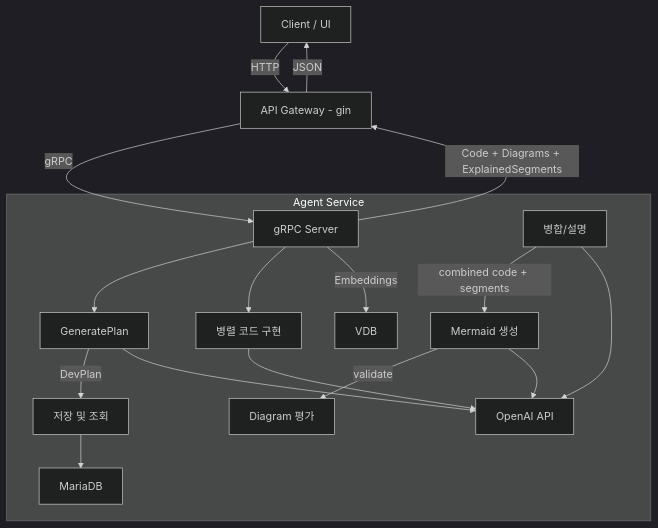
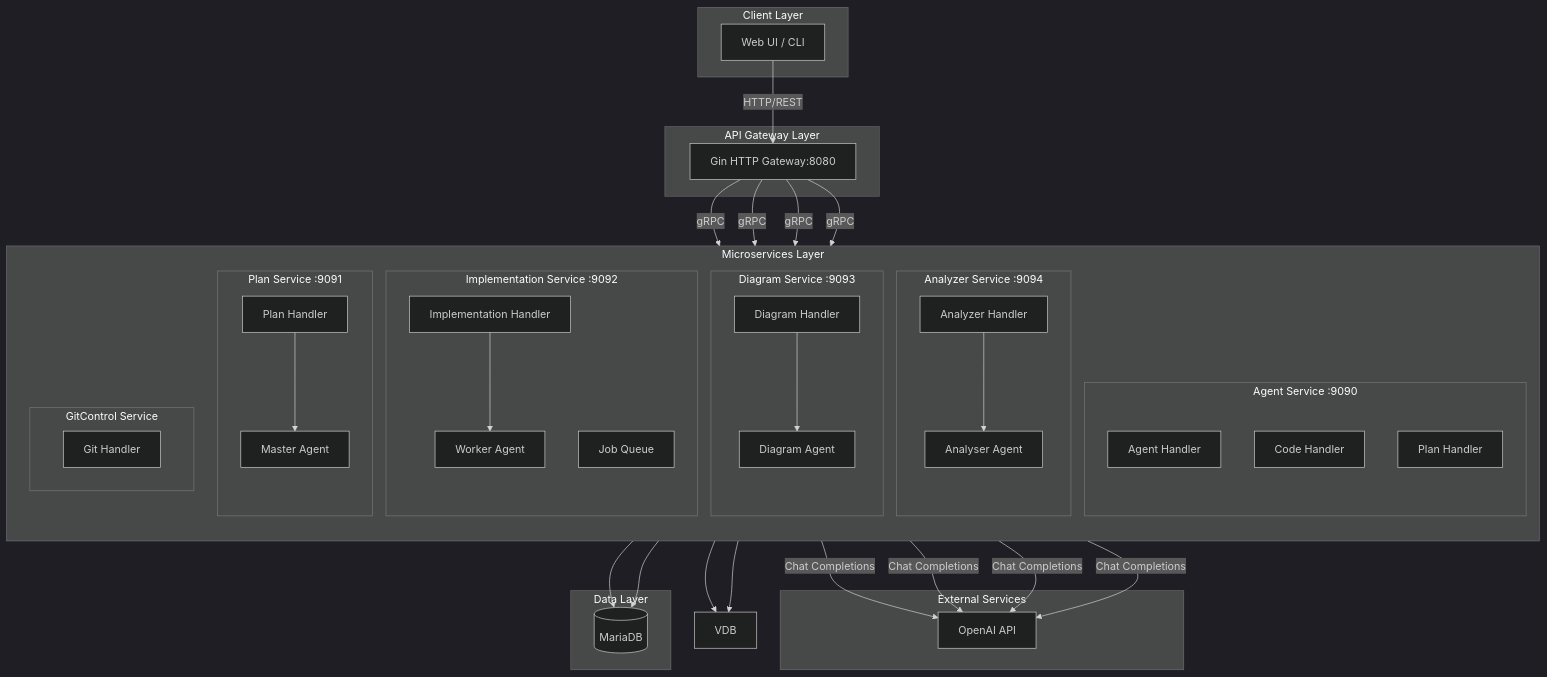
One commit to sehwan505/codev42 changed the first of 4 diagrams in README.md. Above: the diagram before and after it, drawn with Mermaid (dark theme). The commit also changed other lines of this file and 1 other file, not shown here.

Commit message:
Refactor: Update Makefile for new service structure and add Kubernetes commands

````diff
--- a/README.md
+++ b/README.md
@@ -124,38 +28,75 @@
 ```mermaid
-flowchart TD
-  C[Client / UI] -->|HTTP| GW[API Gateway - gin]
+flowchart TB
+    subgraph Client["Client Layer"]
+        UI[Web UI / CLI]
+    end
 
-  subgraph AgentService[Agent Service]
-    AG[gRPC Server]
+    subgraph Gateway["API Gateway Layer"]
+        GW[Gin HTTP Gateway:8080]
+    end
 
-    MA[GeneratePlan]
-    PS[저장 및 조회]
-    RDB[MariaDB]
+    subgraph Services["Microservices Layer"]
+        direction TB
+        
+        subgraph PlanSvc["Plan Service :9091"]
+            PS[Plan Handler]
+            MA[Master Agent]
+        end
+        
+        subgraph ImplSvc["Implementation Service :9092"]
+            IS[Implementation Handler]
+            WA[Worker Agent]
+            JQ[Job Queue]
+        end
+        
+        subgraph DiagramSvc["Diagram Service :9093"]
+            DS[Diagram Handler]
+            DA[Diagram Agent]
+        end
+        
+        subgraph AnalyzerSvc["Analyzer Service :9094"]
+            AS[Analyzer Handler]
+            AA[Analyser Agent]
+        end
+        
+        subgraph AgentSvc["Agent Service :9090"]
+            AGS[Agent Handler]
+            CH[Code Handler]
+            PH[Plan Handler]
+        end
+        
+        subgraph GitSvc["GitControl Service"]
+            GS[Git Handler]
+        end
+    end
 
-    WA[병렬 코드 구현]
-    AA[병합/설명]
-    DA[Mermaid 생성]
-    DV[Diagram 평가]
+    subgraph External["External Services"]
+        OAI[OpenAI API]
+    end
 
-    OA[OpenAI API]
+    subgraph Storage["Data Layer"]
+        RDB[(MariaDB)]
+    end
 
-    AG --> MA
-    MA -->|DevPlan| PS
+    UI -->|HTTP/REST| GW
+    
+    GW -->|gRPC| PS
+    GW -->|gRPC| IS
+    GW -->|gRPC| DS
+    GW -->|gRPC| AS
+
+    PS --> MA
+    IS --> WA
+    DS --> DA
+    AS --> AA
+
+    MA -->|Chat Completions| OAI
+    WA -->|Chat Completions| OAI
+    DA -->|Chat Completions| OAI
+    AA -->|Chat Completions| OAI
+
     PS --> RDB
-
-    AG --> WA
-    AA -->|combined code + segments| DA
-    DA -->|validate| DV
-
-    AG -->|Embeddings| VDB
-
-    MA --> OA
-    WA --> OA
-    AA --> OA
-    DA --> OA
-  end
-
-  GW -->|gRPC| AG
-  AG -->|Code + Diagrams + ExplainedSegments| GW
-  GW -->|JSON| C
+    AGS --> RDB
+    AGS --> VDB
+    CH --> VDB
 ```
````
